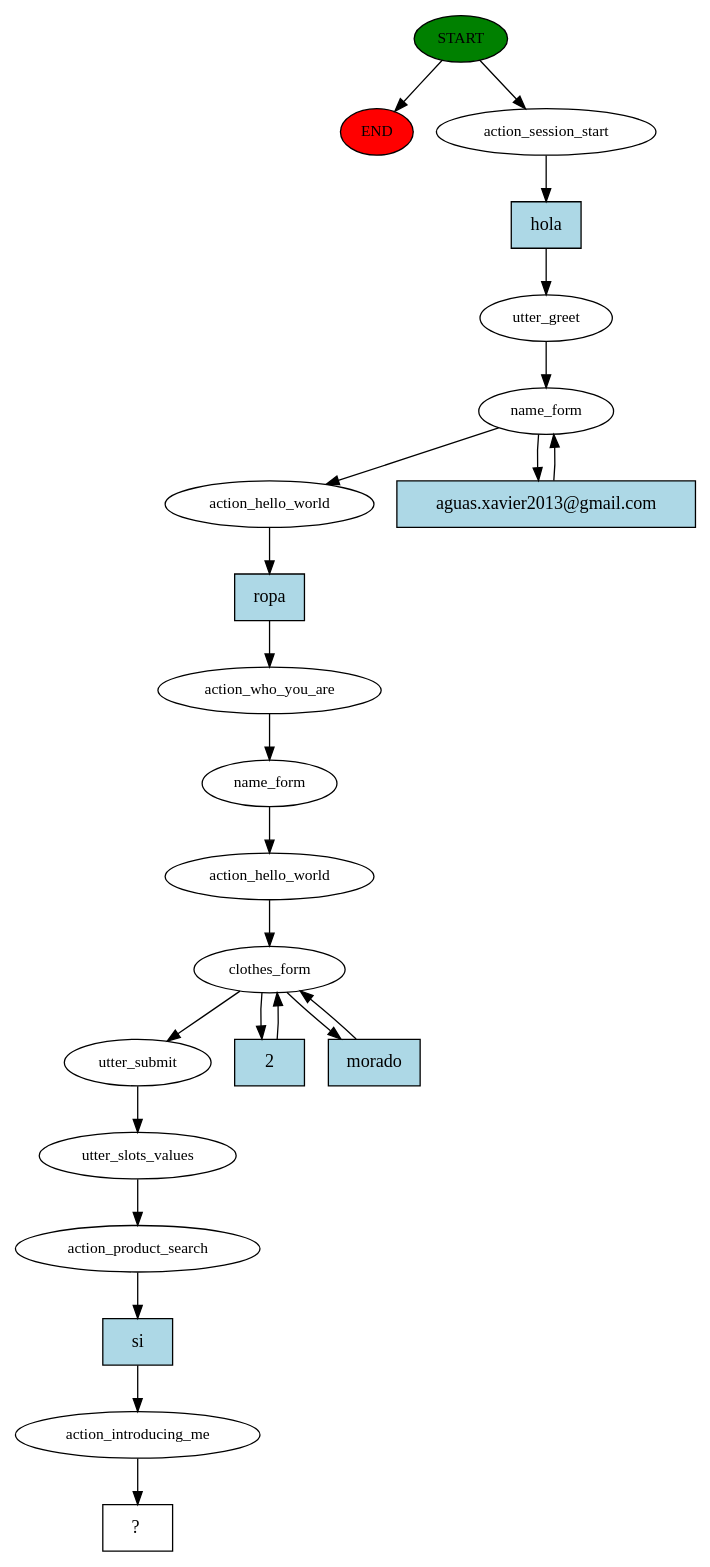
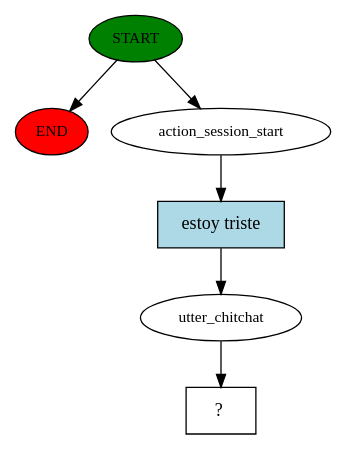
One commit to kabirivan/Ecommerce-Assistant-Jasmine changed the diagram in story_graph.dot. Above: the diagram before and after it, drawn with Graphviz. The commit also changed 1 other file, not shown here.

```diff
--- a/story_graph.dot
+++ b/story_graph.dot
@@ -1,46 +1,13 @@
 digraph  {
 0 [class="start active", fillcolor=green, fontsize=12, label=START, style=filled];
 "-1" [class=end, fillcolor=red, fontsize=12, label=END, style=filled];
 1 [class=active, fontsize=12, label=action_session_start];
-2 [class=active, fontsize=12, label=utter_greet];
-3 [class=active, fontsize=12, label=name_form];
-6 [class=active, fontsize=12, label=action_hello_world];
-7 [class=active, fontsize=12, label=action_who_you_are];
-8 [class=active, fontsize=12, label=name_form];
-9 [class=active, fontsize=12, label=action_hello_world];
-10 [class=active, fontsize=12, label=clothes_form];
-15 [class=active, fontsize=12, label=utter_submit];
-16 [class=active, fontsize=12, label=utter_slots_values];
-17 [class=active, fontsize=12, label=action_product_search];
-18 [class=active, fontsize=12, label=action_introducing_me];
-19 [class="intent dashed active", label="  ?  ", shape=rect];
-20 [class="intent active", fillcolor=lightblue, label=hola, shape=rect, style=filled];
-21 [class="intent active", fillcolor=lightblue, label="aguas.xavier2013@gmail.com", shape=rect, style=filled];
-22 [class="intent active", fillcolor=lightblue, label=ropa, shape=rect, style=filled];
-23 [class="intent active", fillcolor=lightblue, label=2, shape=rect, style=filled];
-24 [class="intent active", fillcolor=lightblue, label=morado, shape=rect, style=filled];
-25 [class="intent active", fillcolor=lightblue, label=si, shape=rect, style=filled];
+2 [class=active, fontsize=12, label=utter_chitchat];
+3 [class="intent dashed active", label="  ?  ", shape=rect];
+4 [class="intent active", fillcolor=lightblue, label="estoy triste", shape=rect, style=filled];
 0 -> "-1"  [class="", key=NONE, label=""];
 0 -> 1  [class=active, key=NONE, label=""];
-1 -> 20  [class=active, key=0];
+1 -> 4  [class=active, key=0];
 2 -> 3  [class=active, key=NONE, label=""];
-3 -> 6  [class=active, key=NONE, label=""];
-3 -> 21  [class=active, key=0];
-6 -> 22  [class=active, key=0];
-7 -> 8  [class=active, key=NONE, label=""];
-8 -> 9  [class=active, key=NONE, label=""];
-9 -> 10  [class=active, key=NONE, label=""];
-10 -> 15  [class=active, key=NONE, label=""];
-10 -> 23  [class=active, key=0];
-10 -> 24  [class=active, key=0];
-15 -> 16  [class=active, key=NONE, label=""];
-16 -> 17  [class=active, key=NONE, label=""];
-17 -> 25  [class=active, key=0];
-18 -> 19  [class=active, key=NONE, label=""];
-20 -> 2  [class=active, key=0];
-21 -> 3  [class=active, key=0];
-22 -> 7  [class=active, key=0];
-23 -> 10  [class=active, key=0];
-24 -> 10  [class=active, key=0];
-25 -> 18  [class=active, key=0];
+4 -> 2  [class=active, key=0];
 }
```
